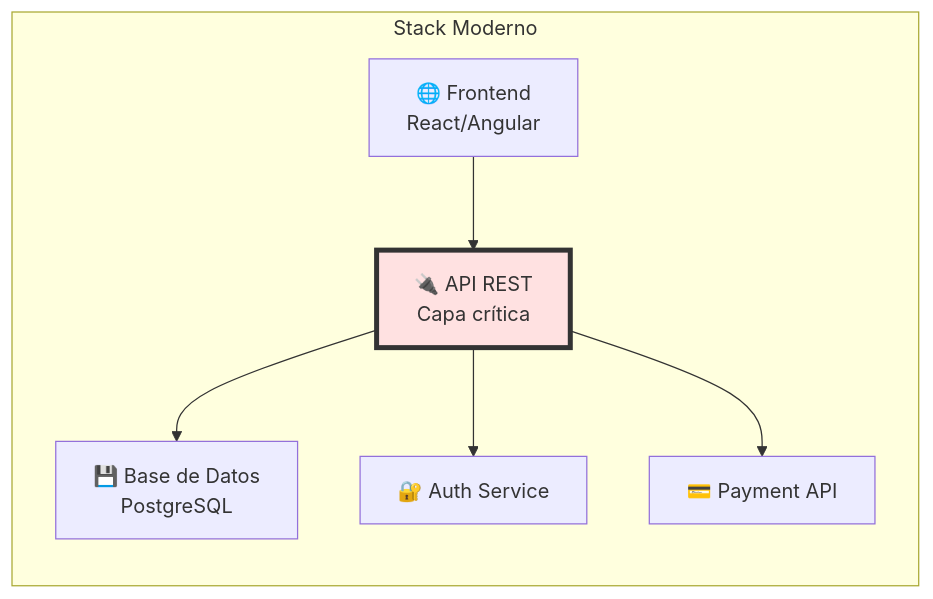
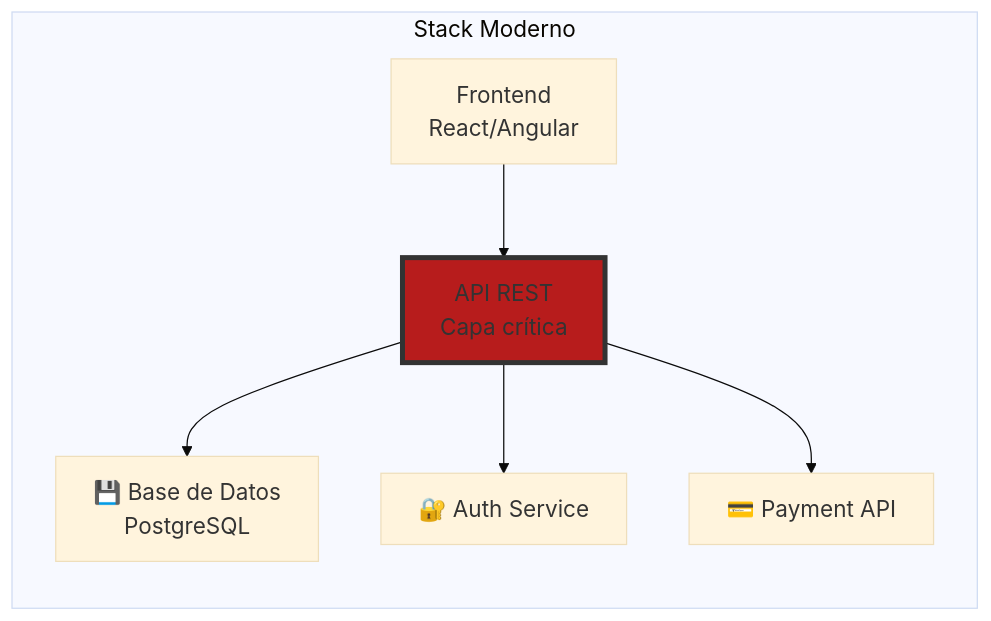
One commit to Ai-Whisperers/Courses-Content changed the first of 7 diagrams in courses/🟡-development/FPUNA-2026/01-DESARROLLO-SOFTWARE/especializaciones/qa-automation/02-pruebas-api.md. Above: the diagram before and after it, drawn with Mermaid. The commit also changed other lines of this file and 47 other files, not shown here.

First line of the commit message:
fix: Make all 473 diagrams WCAG AAA accessible (FPUNA-2026)

````diff
--- a/courses/🟡-development/FPUNA-2026/01-DESARROLLO-SOFTWARE/especializaciones/qa-automation/02-pruebas-api.md
+++ b/courses/🟡-development/FPUNA-2026/01-DESARROLLO-SOFTWARE/especializaciones/qa-automation/02-pruebas-api.md
@@ -96,17 +96,18 @@
 ```mermaid
+%%{init: {'theme':'base', 'themeVariables': {'fontSize':'18px'}}}%%
 graph LR
     subgraph "Stack Moderno"
-        A[🌐 Frontend<br/>React/Angular]
-        B[🔌 API REST<br/>Capa crítica]
+        A[Frontend<br/>React/Angular]
+        B[API REST<br/>Capa crítica]
         C[💾 Base de Datos<br/>PostgreSQL]
         D[🔐 Auth Service]
         E[💳 Payment API]
         
         A --> B
         B --> C
         B --> D
         B --> E
     end
     
-    style B fill:#FFE1E1,stroke:#333,stroke-width:4px
+    style B fill:#b71c1c,stroke:#333,stroke-width:4px
 ```
````
